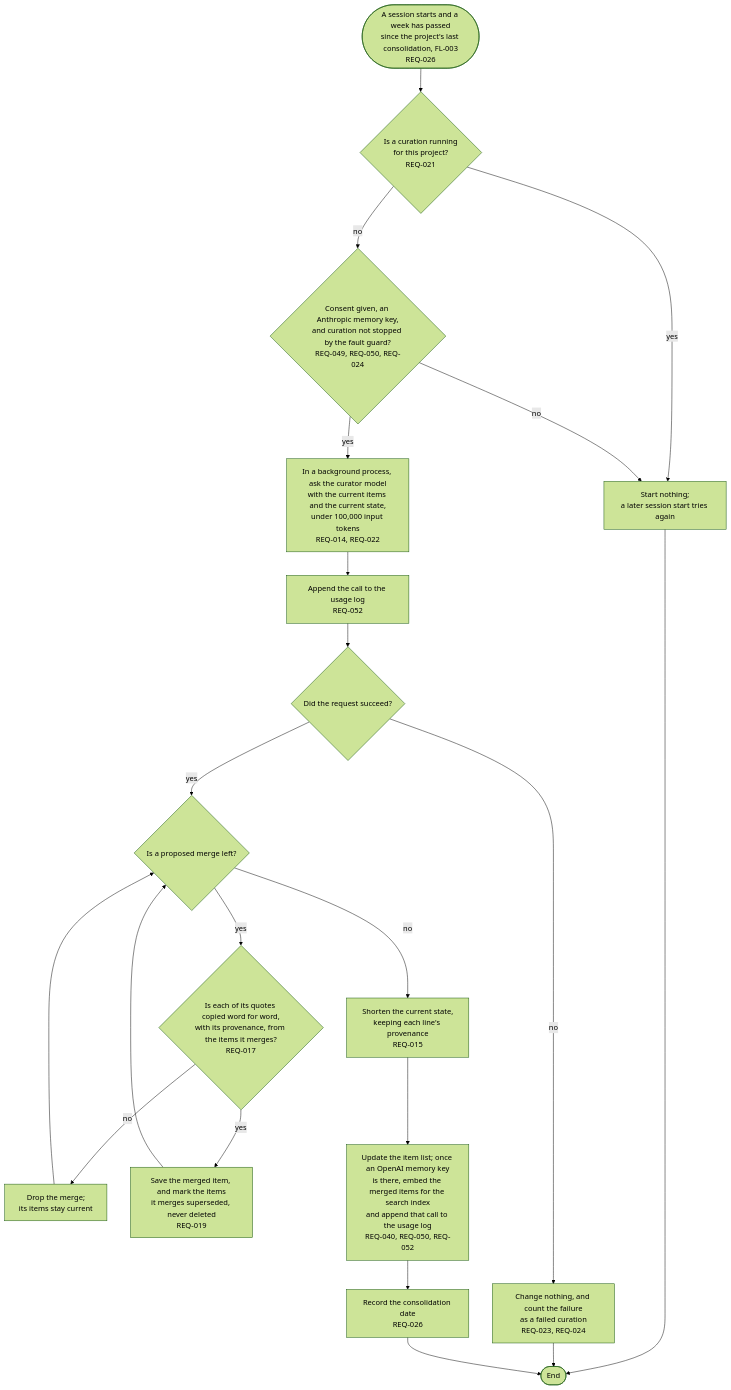
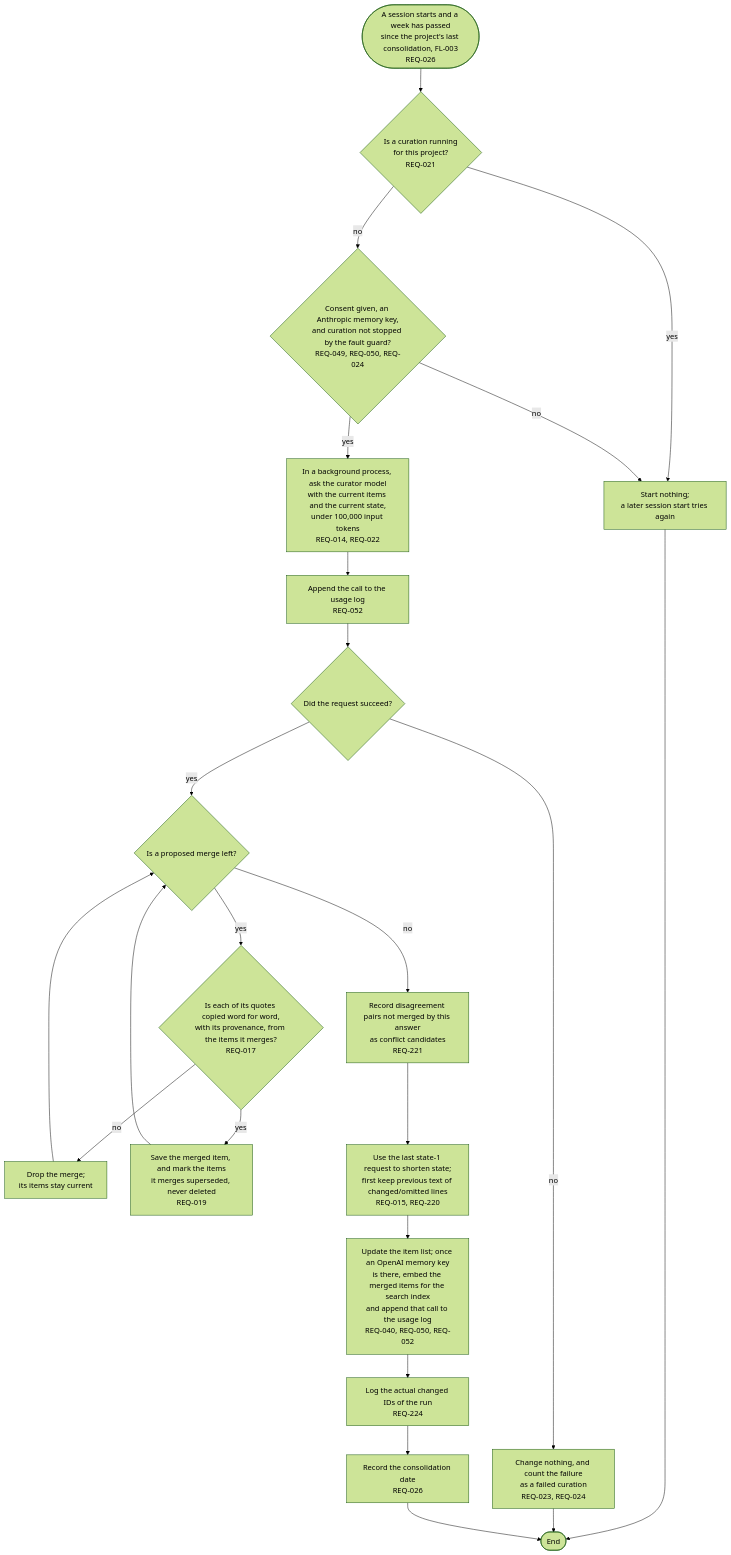
Before and after one commit to kodonghui/corthex: the diagram in docs/03-user-flow/memory/FL-006-consolidate-a-project.md, drawn with Mermaid (forest theme). The commit also changed other lines of this file and 41 other files, not shown here.

````diff
--- a/docs/03-user-flow/memory/FL-006-consolidate-a-project.md
+++ b/docs/03-user-flow/memory/FL-006-consolidate-a-project.md
@@ -9,23 +9,25 @@
 ```mermaid
 flowchart TD
   A(["A session starts and a week has passed<br/>since the project's last consolidation, FL-003<br/>REQ-026"]) --> B{"Is a curation running<br/>for this project?<br/>REQ-021"}
   B -->|yes| B1["Start nothing;<br/>a later session start tries again"]
   B1 --> Z(["End"])
   B -->|no| C{"Consent given, an Anthropic memory key,<br/>and curation not stopped by the fault guard?<br/>REQ-049, REQ-050, REQ-024"}
   C -->|no| B1
   C -->|yes| D["In a background process, ask the curator model<br/>with the current items and the current state,<br/>under 100,000 input tokens<br/>REQ-014, REQ-022"]
   D --> E["Append the call to the usage log<br/>REQ-052"]
   E --> F{"Did the request succeed?"}
   F -->|no| F1["Change nothing, and count the failure<br/>as a failed curation<br/>REQ-023, REQ-024"]
   F1 --> Z
   F -->|yes| M{"Is a proposed merge left?"}
   M -->|yes| G{"Is each of its quotes copied word for word,<br/>with its provenance, from the items it merges?<br/>REQ-017"}
   G -->|no| G1["Drop the merge;<br/>its items stay current"]
   G1 --> M
   G -->|yes| G2["Save the merged item, and mark the items<br/>it merges superseded, never deleted<br/>REQ-019"]
   G2 --> M
-  M -->|no| H["Shorten the current state,<br/>keeping each line's provenance<br/>REQ-015"]
+  M -->|no| CF["Record disagreement pairs not merged by this answer<br/>as conflict candidates<br/>REQ-221"]
+  CF --> H["Use the last state-1 request to shorten state;<br/>first keep previous text of changed/omitted lines<br/>REQ-015, REQ-220"]
   H --> I["Update the item list; once an OpenAI memory key<br/>is there, embed the merged items for the search index<br/>and append that call to the usage log<br/>REQ-040, REQ-050, REQ-052"]
-  I --> K["Record the consolidation date<br/>REQ-026"]
+  I --> RL["Log the actual changed IDs of the run<br/>REQ-224"]
+  RL --> K["Record the consolidation date<br/>REQ-026"]
   K --> Z
 ```
````
